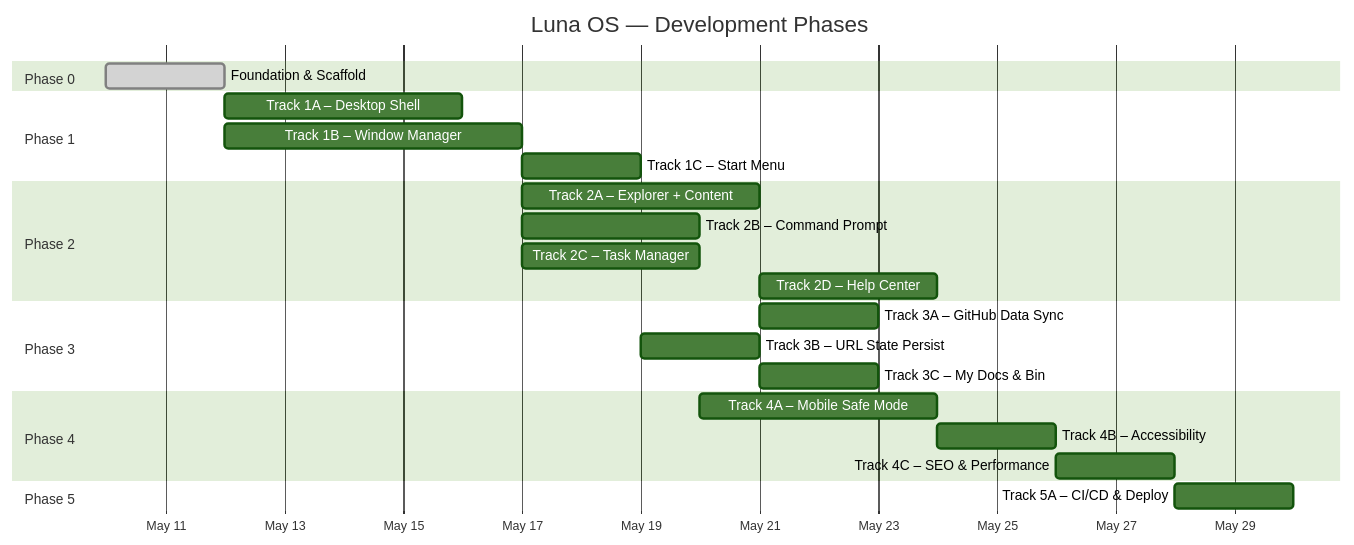
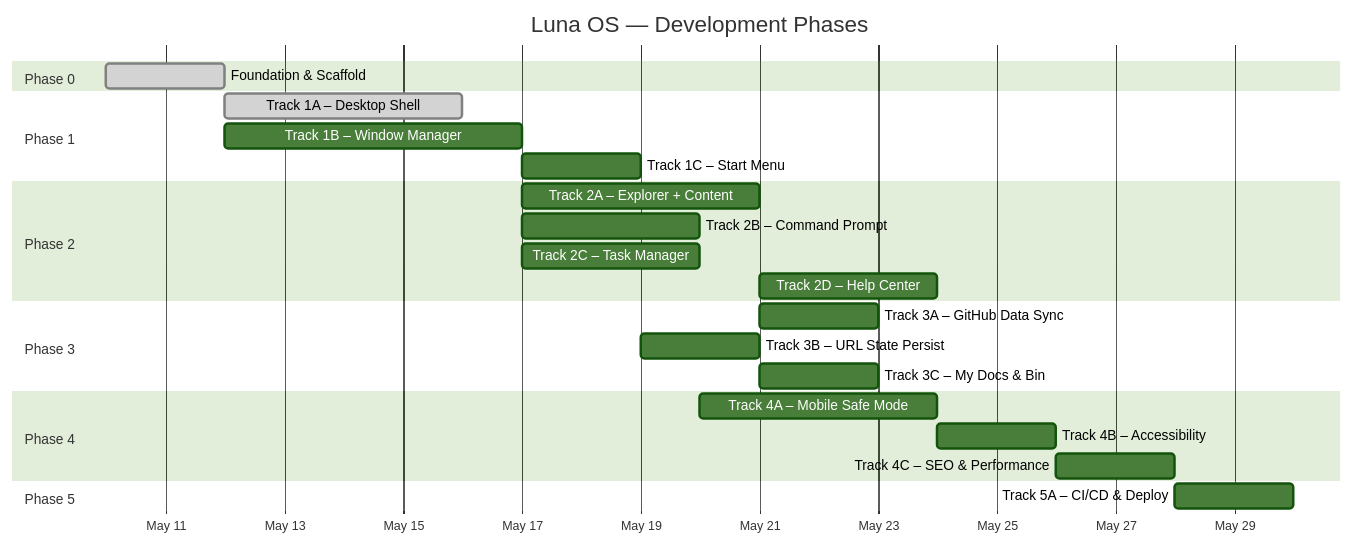
The first of 2 diagrams in docs/ROADMAP.md (mansyar/portfolio-v3), drawn with Mermaid (forest theme) before and after one commit. The commit also changed other lines of this file, not shown here.

Commit message:
docs(conductor): Update ROADMAP with Track 1A (Desktop Shell) completion status

````diff
--- a/docs/ROADMAP.md
+++ b/docs/ROADMAP.md
@@ -11,33 +11,33 @@
 ```mermaid
 gantt
     title Luna OS — Development Phases
     dateFormat  YYYY-MM-DD
     axisFormat  %b %d
 
     section Phase 0
     Foundation & Scaffold         :done, p0, 2026-05-10, 2d
 
     section Phase 1
-    Track 1A – Desktop Shell      :p1a, after p0, 4d
+    Track 1A – Desktop Shell      :done, p1a, after p0, 4d
     Track 1B – Window Manager     :p1b, after p0, 5d
     Track 1C – Start Menu         :p1c, after p1b, 2d
 
     section Phase 2
     Track 2A – Explorer + Content :p2a, after p1b, 4d
     Track 2B – Command Prompt     :p2b, after p1b, 3d
     Track 2C – Task Manager       :p2c, after p1b, 3d
     Track 2D – Help Center        :p2d, after p2a, 3d
 
     section Phase 3
     Track 3A – GitHub Data Sync   :p3a, after p2a, 2d
     Track 3B – URL State Persist  :p3b, after p1c, 2d
     Track 3C – My Docs & Bin      :p3c, after p2a, 2d
 
     section Phase 4
     Track 4A – Mobile Safe Mode   :p4a, after p2b, 4d
     Track 4B – Accessibility      :p4b, after p4a, 2d
     Track 4C – SEO & Performance  :p4c, after p4b, 2d
 
     section Phase 5
     Track 5A – CI/CD & Deploy     :p5a, after p4c, 2d
 ```
````
